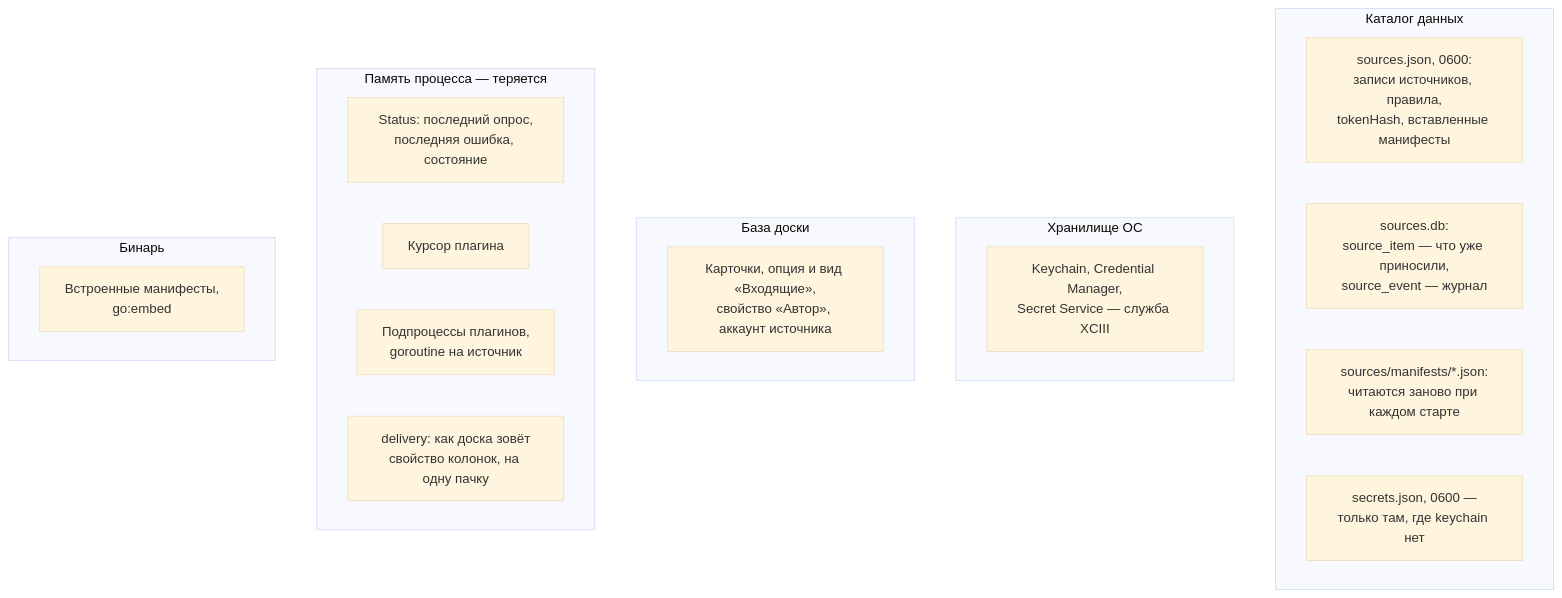
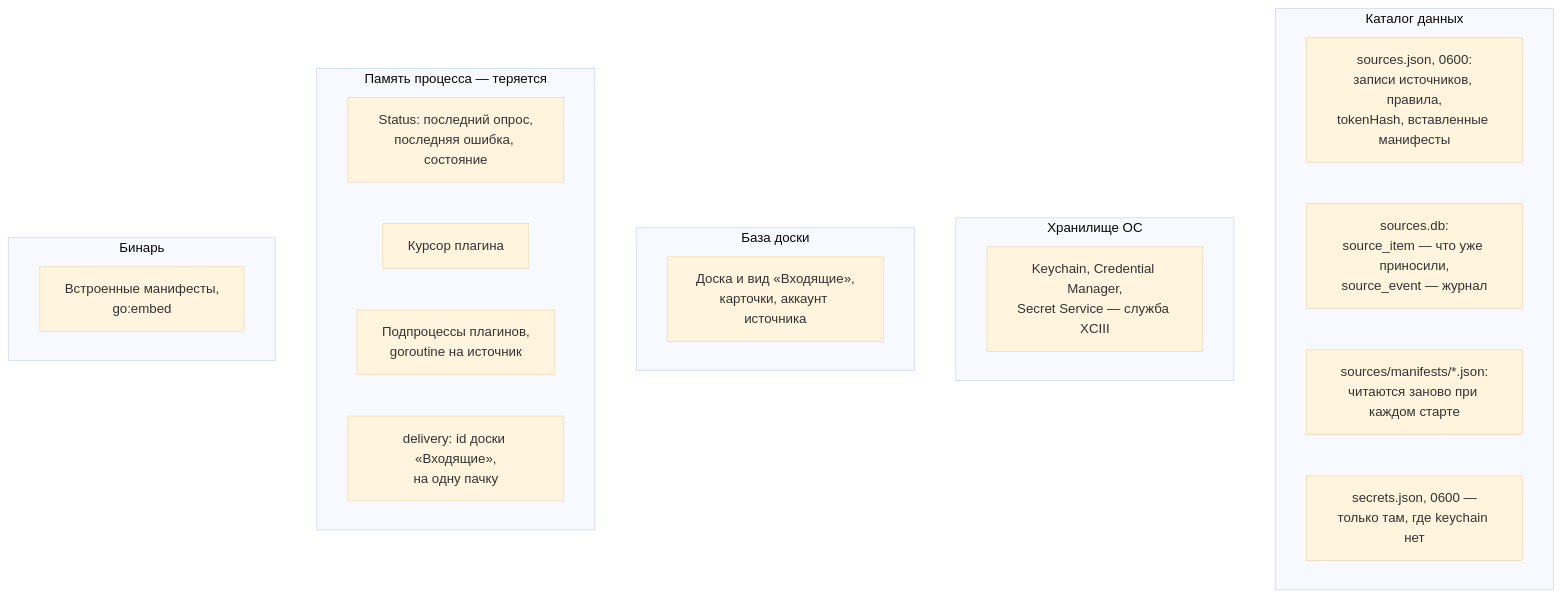
Before and after one commit to artipop/pourquoipas: the tenth of 10 diagrams in docs/sources.md, drawn with Mermaid (base theme). The commit also changed other lines of this file and 78 other files, not shown here.

````diff
--- a/docs/sources.md
+++ b/docs/sources.md
@@ -1138,24 +1075,24 @@
 ```mermaid
 flowchart TB
     subgraph disk["Каталог данных"]
         CFG["sources.json, 0600:<br/>записи источников, правила,<br/>tokenHash, вставленные манифесты"]
         DB["sources.db:<br/>source_item — что уже приносили,<br/>source_event — журнал"]
         MAN["sources/manifests/*.json:<br/>читаются заново при каждом старте"]
         FS["secrets.json, 0600 —<br/>только там, где keychain нет"]
     end
     subgraph os["Хранилище ОС"]
         KC["Keychain, Credential Manager,<br/>Secret Service — служба XCIII"]
     end
     subgraph brd["База доски"]
-        B["Карточки, опция и вид «Входящие»,<br/>свойство «Автор», аккаунт источника"]
+        B["Доска и вид «Входящие»,<br/>карточки, аккаунт источника"]
     end
     subgraph mem["Память процесса — теряется"]
         ST["Status: последний опрос,<br/>последняя ошибка, состояние"]
         CU["Курсор плагина"]
         PR["Подпроцессы плагинов,<br/>goroutine на источник"]
-        DL["delivery: как доска зовёт<br/>свойство колонок, на одну пачку"]
+        DL["delivery: id доски «Входящие»,<br/>на одну пачку"]
     end
     subgraph bin["Бинарь"]
         EM["Встроенные манифесты,<br/>go:embed"]
     end
 ```
````
